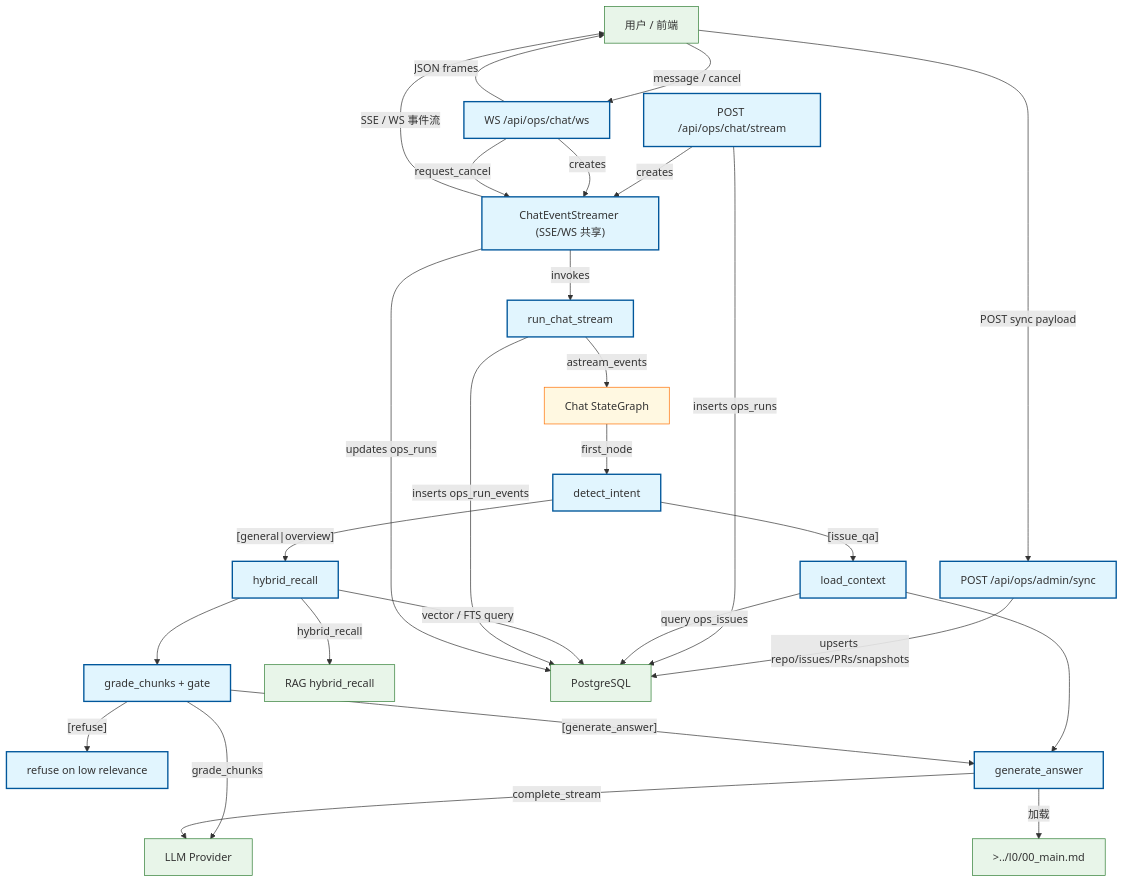
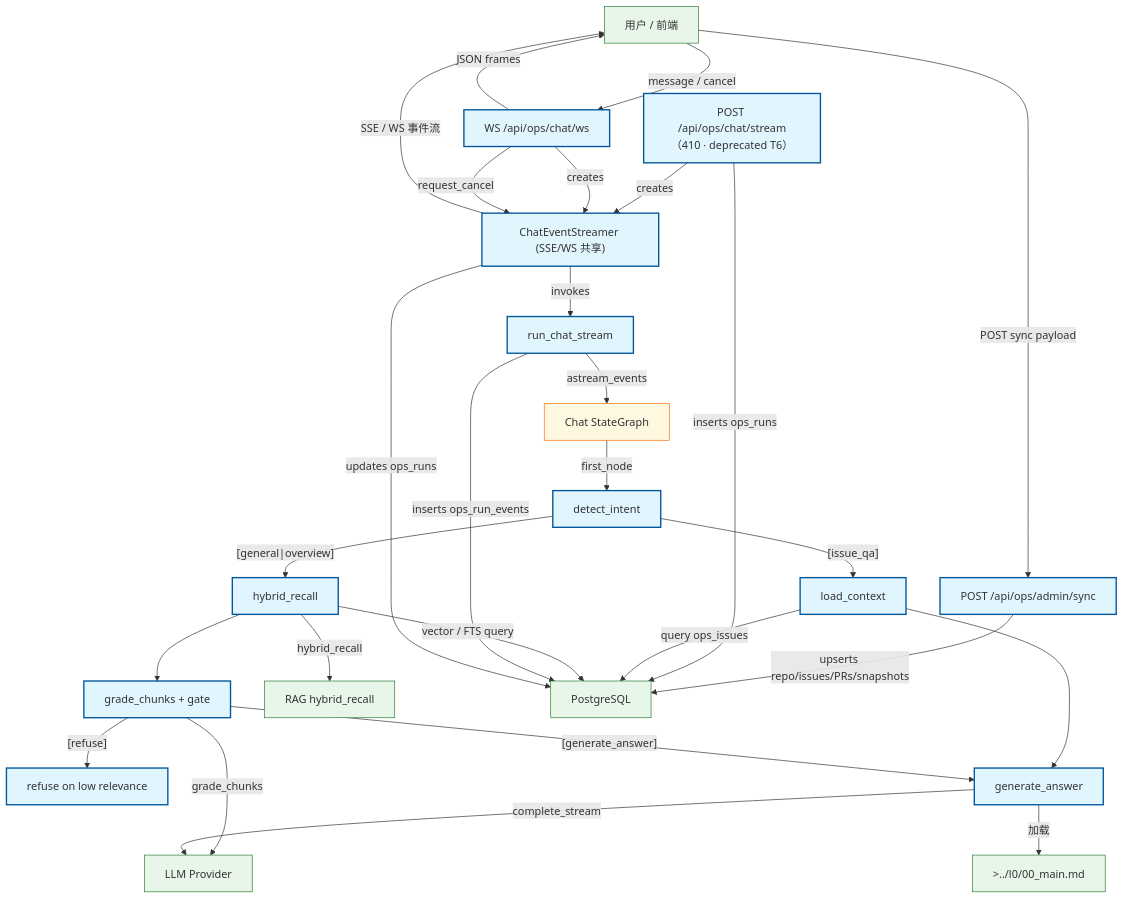
One commit to Cyning12/ops-desk-api changed the diagram in docs/_tech_graph/l1/10_flow_chat.md. Above: the diagram before and after it, drawn with Mermaid. The commit also changed other lines of this file and 3 other files, not shown here.

Commit message:
docs(graph): T6 chat 行 + 10_flow_chat deprecated 备注（不删节点/边/indexes）

````diff
--- a/docs/_tech_graph/l1/10_flow_chat.md
+++ b/docs/_tech_graph/l1/10_flow_chat.md
@@ -14,72 +14,72 @@
 ```mermaid
 flowchart TB
     client["用户 / 前端"]
-    chat_stream["POST /api/ops/chat/stream"]
+    chat_stream["POST /api/ops/chat/stream（410 · deprecated T6）"]
     chat_ws["WS /api/ops/chat/ws"]
     event_gen["ChatEventStreamer (SSE/WS 共享)"]
     chat_service["run_chat_stream"]
     stategraph["Chat StateGraph"]
     intent["detect_intent"]
     context["load_context"]
     retrieve["hybrid_recall"]
     grade["grade_chunks + gate"]
     refuse_answer["refuse on low relevance"]
     answer["generate_answer"]
     rag["RAG hybrid_recall"]
     llm["LLM Provider"]
     db["PostgreSQL"]
     main_doc[">../l0/00_main.md"]
     admin_sync["POST /api/ops/admin/sync"]
 
     client -->|"POST sync payload"| admin_sync
     %% → app/ops/admin/sync.py#L29
     admin_sync -->|"upserts repo/issues/PRs/snapshots"| db
     %% → app/ops/admin/sync.py#L36
     chat_stream -->|"creates"| event_gen
     %% → app/ops/chat/router.py#L75
     client -->|"message / cancel"| chat_ws
     %% → app/ops/chat/ws.py#L79
     chat_ws -->|"creates"| event_gen
     %% → app/ops/chat/ws.py#L165
     chat_ws -->|"JSON frames"| client
     chat_ws -->|"request_cancel"| event_gen
     chat_stream -->|"inserts ops_runs"| db
     event_gen -->|"SSE / WS 事件流"| client
     event_gen -->|"invokes"| chat_service
     %% → app/ops/chat/streaming.py#L232
     chat_service -->|"astream_events"| stategraph
     %% → app/ops/chat/service.py#L31
     %% → app/ops/chat/graph.py#L29
     stategraph -->|"first_node"| intent
     %% → app/ops/chat/graph.py#L37
     intent -->|"[issue_qa]"| context
     %% → app/ops/chat/graph.py#L40
     intent -->|"[general#124;overview]"| retrieve
     %% → app/ops/chat/graph.py#L40
     context -->|"query ops_issues"| db
     context --> answer
     %% → app/ops/chat/graph.py#L49
     retrieve -->|"hybrid_recall"| rag
     %% → app/ops/chat/rag_nodes.py#L64
     %% → app/ops/rag/retrieve.py::hybrid_recall
     retrieve -->|"vector / FTS query"| db
     retrieve --> grade
     %% → app/ops/chat/graph.py#L50
     grade -->|"[refuse]"| refuse_answer
     %% → app/ops/chat/graph.py#L51
     grade -->|"[generate_answer]"| answer
     %% → app/ops/chat/graph.py#L51
     grade -->|"grade_chunks"| llm
     answer -->|"complete_stream"| llm
     %% → app/ops/chat/nodes.py#L176
     chat_service -->|"inserts ops_run_events"| db
     event_gen -->|"updates ops_runs"| db
     answer -->|"加载"| main_doc
 
     classDef phase fill:#e1f5fe,stroke:#01579b,stroke-width:2px
     classDef doc fill:#fff8e1,stroke:#ff6f00,stroke-width:1px
     classDef infra fill:#e8f5e9,stroke:#2e7d32,stroke-width:1px
     class chat_stream,chat_ws,event_gen,chat_service,intent,context,retrieve,grade,refuse_answer,answer,admin_sync phase
     class stategraph doc
     class client,rag,llm,db,main_doc infra
 ```
````
